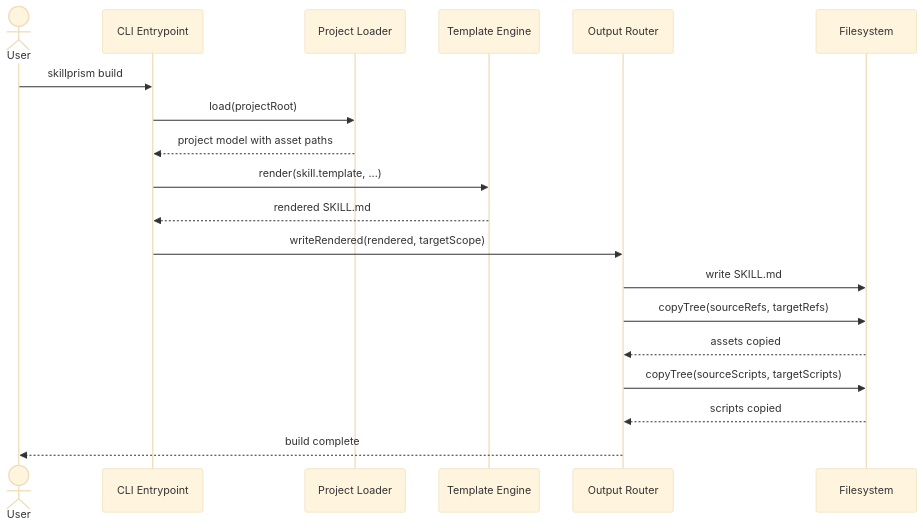
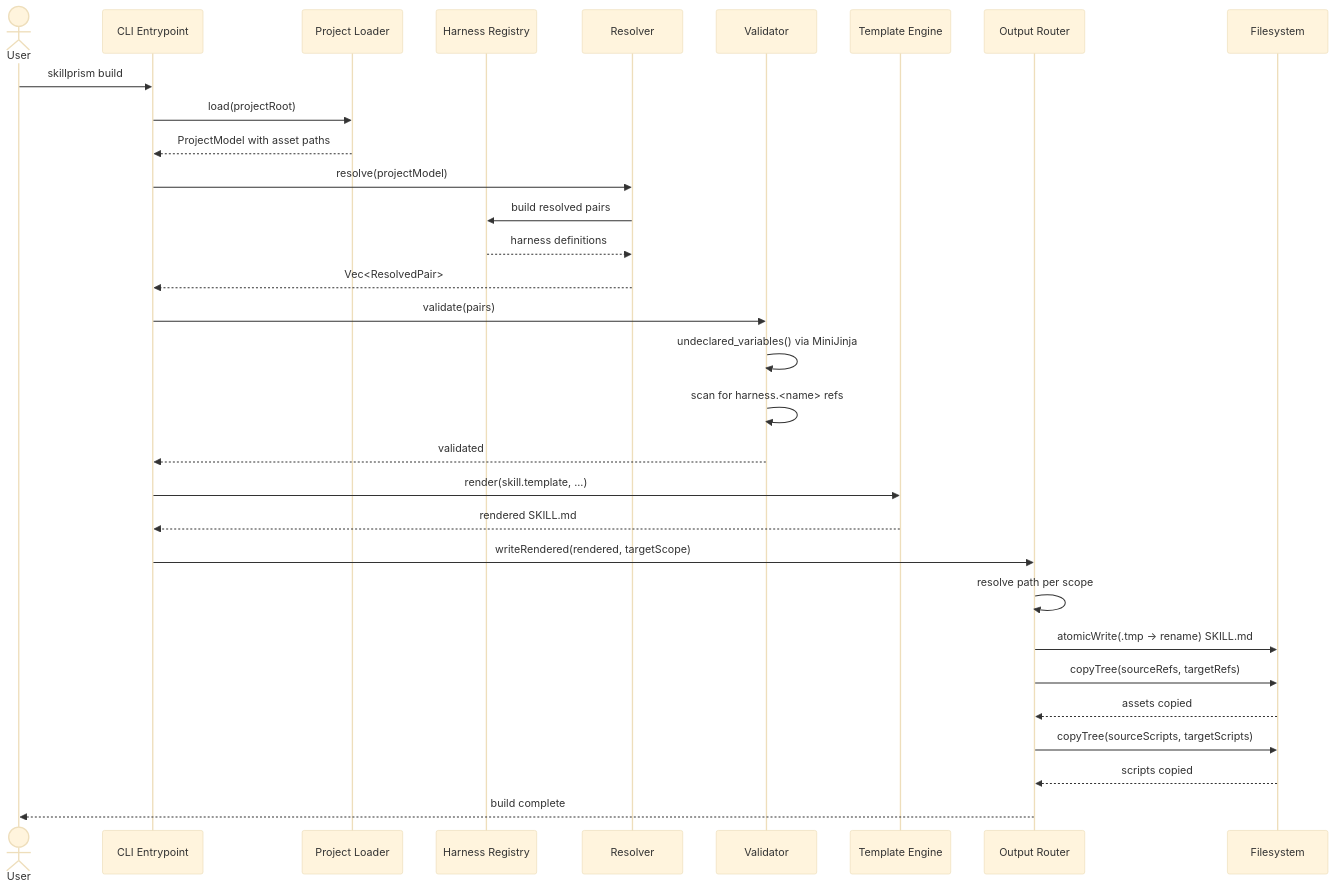
The diagram in .constitution/architecture/flows/flow-copy-assets.md (Tuvren/skillprism), drawn with Mermaid (base theme) before and after one commit. The commit also changed other lines of this file and 40 other files, not shown here.

First line of the commit message:
Epic B: Pipeline — Resolver, Validator, Template Engine, Output Router (#2)

````diff
--- a/.constitution/architecture/flows/flow-copy-assets.md
+++ b/.constitution/architecture/flows/flow-copy-assets.md
@@ -9,27 +9,41 @@
 ```mermaid
 sequenceDiagram
   actor User
   participant CLI as CLI Entrypoint
   participant Loader as Project Loader
+  participant Registry as Harness Registry
+  participant Resolver as Resolver
+  participant Valid8 as Validator
   participant Engine as Template Engine
   participant Router as Output Router
   participant FS as Filesystem
 
   User->>CLI: skillprism build
   CLI->>Loader: load(projectRoot)
-  Loader-->>CLI: project model with asset paths
+  Loader-->>CLI: ProjectModel with asset paths
+
+  CLI->>Resolver: resolve(projectModel)
+  Resolver->>Registry: build resolved pairs
+  Registry-->>Resolver: harness definitions
+  Resolver-->>CLI: Vec<ResolvedPair>
+
+  CLI->>Valid8: validate(pairs)
+  Valid8->>Valid8: undeclared_variables() via MiniJinja
+  Valid8->>Valid8: scan for harness.<name> refs
+  Valid8-->>CLI: validated
 
   CLI->>Engine: render(skill.template, ...)
   Engine-->>CLI: rendered SKILL.md
 
   CLI->>Router: writeRendered(rendered, targetScope)
-  Router->>FS: write SKILL.md
+  Router->>Router: resolve path per scope
+  Router->>FS: atomicWrite(.tmp → rename) SKILL.md
 
   Router->>FS: copyTree(sourceRefs, targetRefs)
   FS-->>Router: assets copied
 
   Router->>FS: copyTree(sourceScripts, targetScripts)
   FS-->>Router: scripts copied
 
   Router-->>User: build complete
 ```
````
